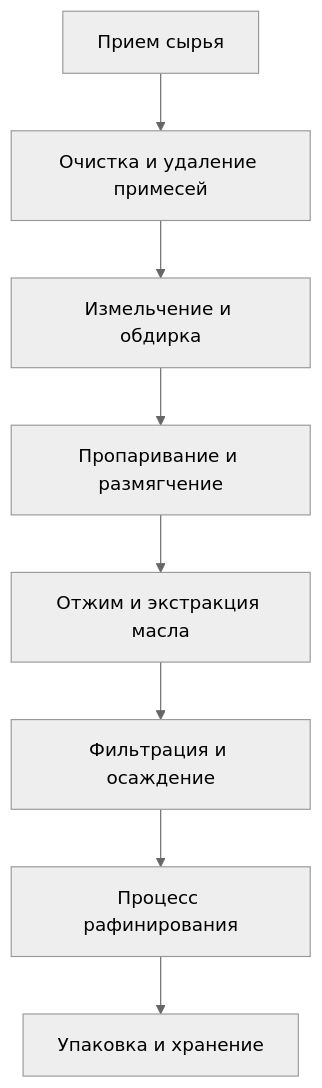
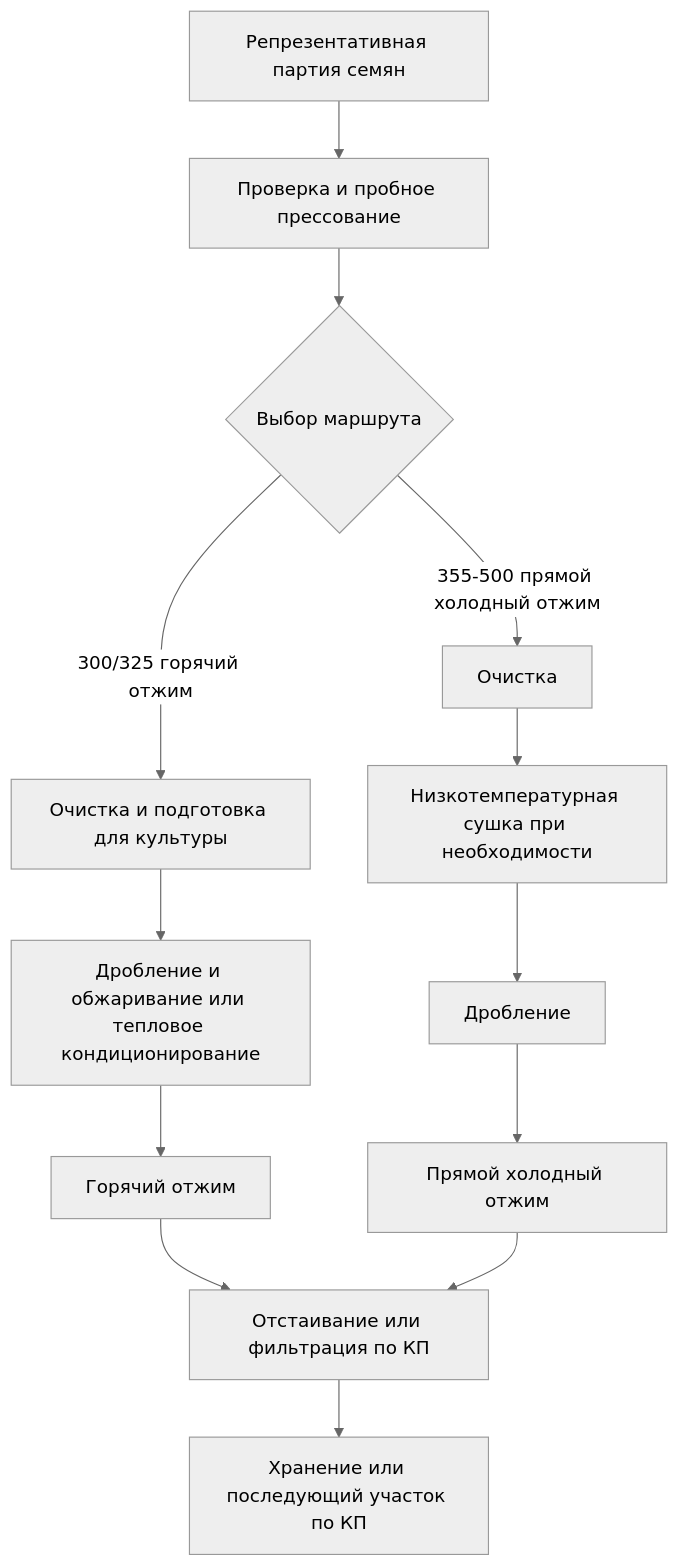
Before and after one commit to roryshanshan/oilpress-website: the diagram in docs/ru/solutions/seed-oils.md, drawn with Mermaid (neutral theme). The commit also changed other lines of this file and 1420 other files, not shown here.

````diff
--- a/docs/ru/solutions/seed-oils.md
+++ b/docs/ru/solutions/seed-oils.md
@@ -102,10 +32,15 @@
 ```mermaid
-graph TD
-    A[Прием сырья] --> B[Очистка и удаление примесей]
-    B --> C[Измельчение и обдирка]
-    C --> D[Пропаривание и размягчение]
-    D --> E[Отжим и экстракция масла]
-    E --> F[Фильтрация и осаждение]
-    F --> G[Процесс рафинирования]
-    G --> H[Упаковка и хранение]
+flowchart TD
+    A[Репрезентативная партия семян] --> B[Проверка и пробное прессование]
+    B --> C{Выбор маршрута}
+    C -->|300/325 горячий отжим| D[Очистка и подготовка для культуры]
+    D --> E[Дробление и обжаривание или тепловое кондиционирование]
+    E --> F[Горячий отжим]
+    C -->|355-500 прямой холодный отжим| G[Очистка]
+    G --> H[Низкотемпературная сушка при необходимости]
+    H --> I[Дробление]
+    I --> J[Прямой холодный отжим]
+    F --> K[Отстаивание или фильтрация по КП]
+    J --> K
+    K --> L[Хранение или последующий участок по КП]
 ```
````
